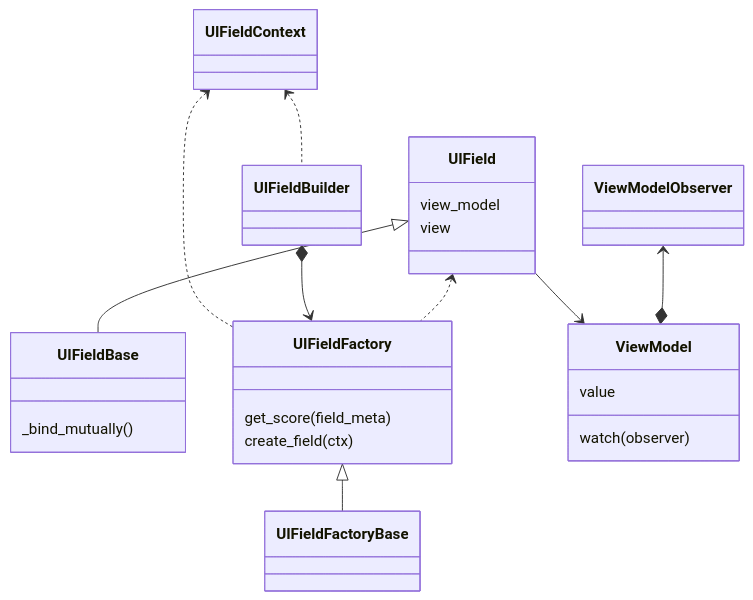
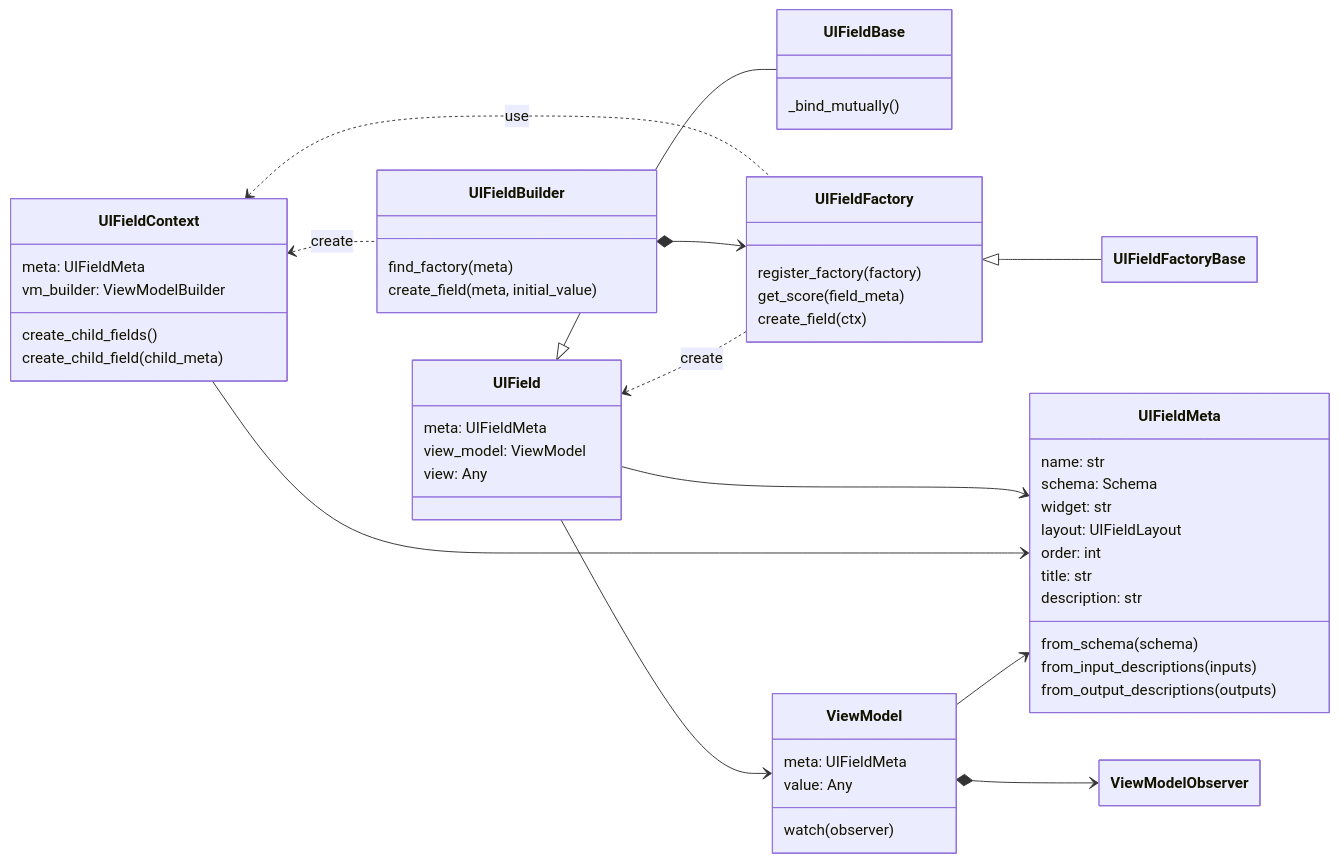
The third of 6 diagrams in docs/architecture.md (eo-tools/eozilla), drawn with Mermaid before and after one commit. The commit also changed 1 other file, not shown here.

Commit message:
field_meta -> meta

````diff
--- a/docs/architecture.md
+++ b/docs/architecture.md
@@ -105,31 +105,71 @@
 ```mermaid
+---
+config:
+    class:
+        hideEmptyMembersBox: true
+    theme: default
+---
 classDiagram
+    direction LR
     UIField <|-- UIFieldBase
+    UIField --> UIFieldMeta
     UIFieldFactory <|-- UIFieldFactoryBase
-    UIFieldContext <.. UIFieldFactory
-    UIFieldContext <.. UIFieldBuilder
+    UIFieldContext <.. UIFieldFactory : use
+    UIFieldContext <.. UIFieldBuilder : create
+    UIFieldContext --> UIFieldMeta
     UIFieldBuilder *--> UIFieldFactory
-    UIField <.. UIFieldFactory
+    UIField <.. UIFieldFactory : create
     UIField --> ViewModel
-    ViewModelObserver <--* ViewModel
-
-    class ViewModel {
-        value
-        watch(observer)
-    }
 
     class UIField {
-        view_model
-        view
+        meta: UIFieldMeta
+        view_model: ViewModel
+        view: Any
     }
     
     class UIFieldBase {
         _bind_mutually()
     }
 
+    class UIFieldMeta {
+        name: str
+        schema: Schema
+        widget: str
+        layout: UIFieldLayout
+        order: int
+        title: str
+        description: str
+        from_schema(schema)
+        from_input_descriptions(inputs)
+        from_output_descriptions(outputs)
+    }
+
     class UIFieldFactory {
+        register_factory(factory)
         get_score(field_meta)
         create_field(ctx) 
     }
 
+    class UIFieldContext {
+        meta: UIFieldMeta
+        vm_builder: ViewModelBuilder 
+        create_child_fields()
+        create_child_field(child_meta)
+    }
+
+    class UIFieldBuilder {
+        find_factory(meta)
+        create_field(meta, initial_value)  
+    }
+
+    ViewModel --> UIFieldMeta
+    ViewModel *--> ViewModelObserver 
+
+    class ViewModel {
+        meta: UIFieldMeta
+        value: Any
+        watch(observer)
+    }
+
+
 ```
````
